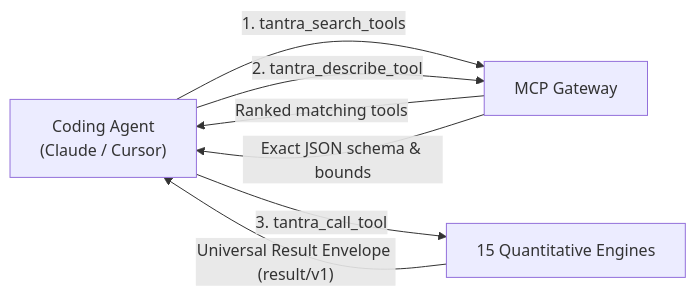
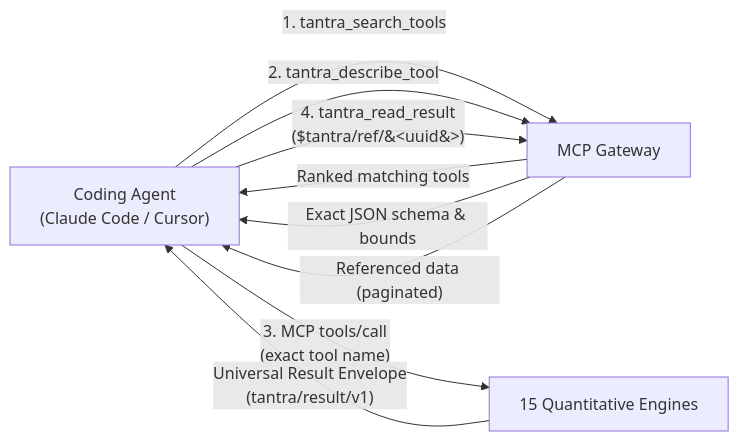
Before and after one commit to tantra-labs/tantra-docs: the diagram in docs/ai/mcp_gateway.md, drawn with Mermaid. The commit also changed other lines of this file and 38 other files, not shown here.

````diff
--- a/docs/ai/mcp_gateway.md
+++ b/docs/ai/mcp_gateway.md
@@ -11,9 +23,11 @@
 ```mermaid
 flowchart LR
-    Agent["Coding Agent\n(Claude / Cursor)"] -->|"1. tantra_search_tools"| GW["MCP Gateway"]
+    Agent["Coding Agent\n(Claude Code / Cursor)"] -->|"1. tantra_search_tools"| GW["MCP Gateway"]
     GW -->|"Ranked matching tools"| Agent
     Agent -->|"2. tantra_describe_tool"| GW
     GW -->|"Exact JSON schema & bounds"| Agent
-    Agent -->|"3. tantra_call_tool"| Engine["15 Quantitative Engines"]
-    Engine -->|"Universal Result Envelope (result/v1)"| Agent
+    Agent -->|"3. MCP tools/call\n(exact tool name)"| Engine["15 Quantitative Engines"]
+    Engine -->|"Universal Result Envelope\n(tantra/result/v1)"| Agent
+    Agent -->|"4. tantra_read_result\n($tantra/ref/&#60;uuid&#62;)"| GW
+    GW -->|"Referenced data (paginated)"| Agent
 ```
````
